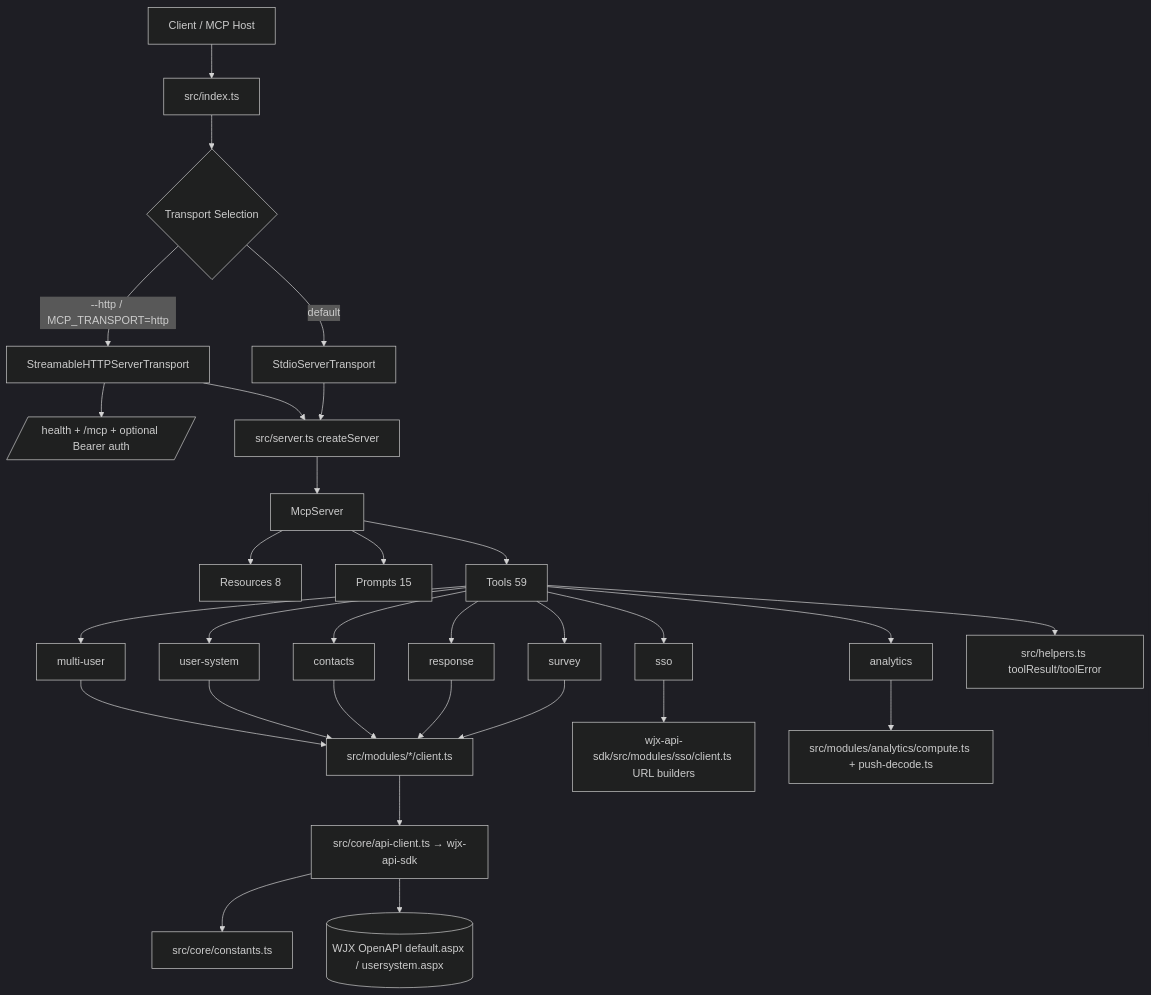
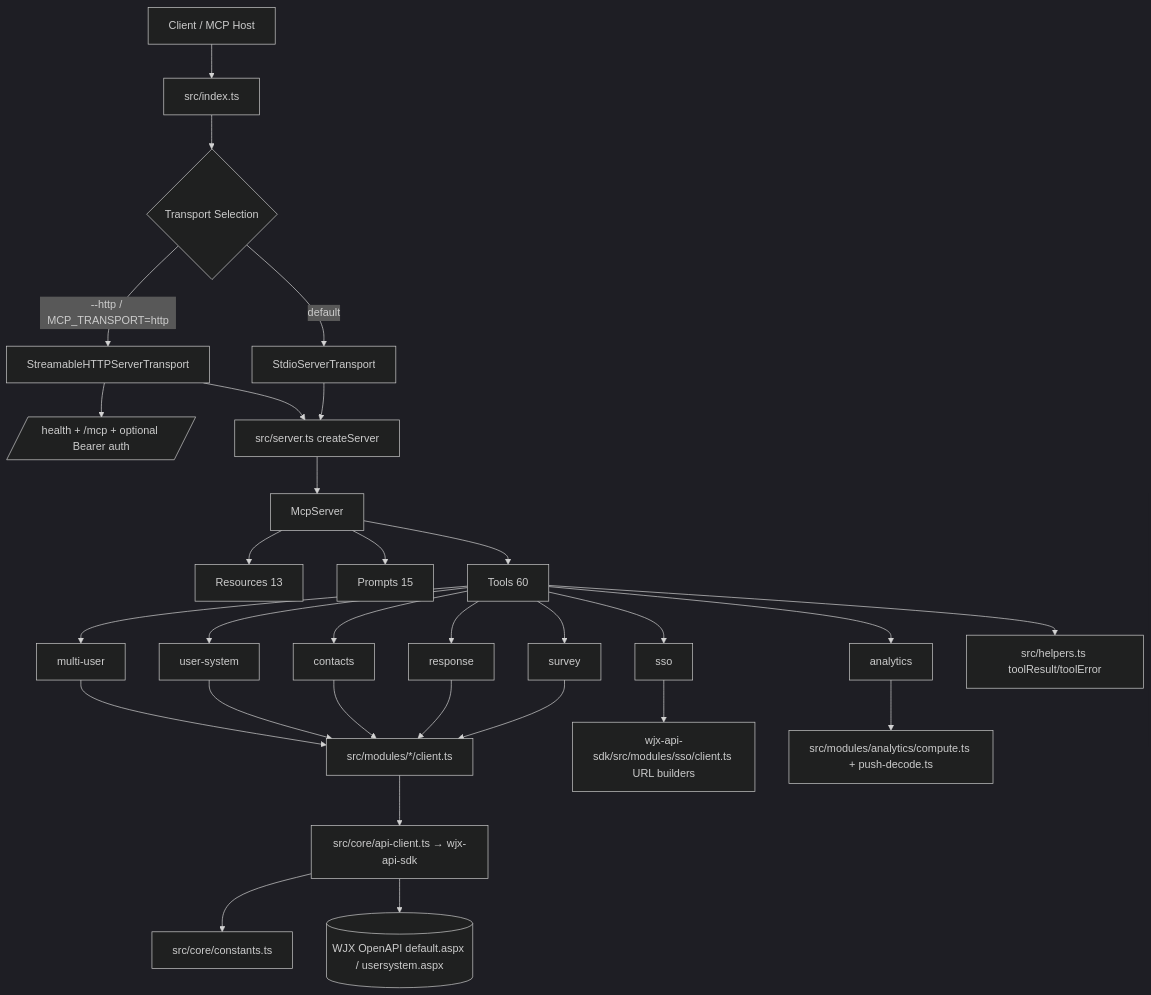
Before and after one commit to wjxcom/wjx-ai-kit: the diagram in wjx-mcp-server/docs/architecture.md, drawn with Mermaid (dark theme). The commit also changed other lines of this file and 290 other files, not shown here.

````diff
--- a/wjx-mcp-server/docs/architecture.md
+++ b/wjx-mcp-server/docs/architecture.md
@@ -18,37 +18,37 @@
 ```mermaid
 flowchart TD
     A[Client / MCP Host] --> B[src/index.ts]
     B --> C{Transport Selection}
     C -->|default| D[StdioServerTransport]
     C -->|--http / MCP_TRANSPORT=http| E[StreamableHTTPServerTransport]
     E --> E1[/health + /mcp + optional Bearer auth/]
 
     D --> F[src/server.ts createServer]
     E --> F
 
     F --> G[McpServer]
-    G --> H[Resources 8]
+    G --> H[Resources 13]
     G --> I[Prompts 15]
-    G --> J[Tools 59]
+    G --> J[Tools 60]
 
     J --> M1[survey]
     J --> M2[response]
     J --> M3[contacts]
     J --> M4[user-system]
     J --> M5[multi-user]
     J --> M6[sso]
     J --> M7[analytics]
 
     M1 --> N1[src/modules/*/client.ts]
     M2 --> N1
     M3 --> N1
     M4 --> N1
     M5 --> N1
     N1 --> O[src/core/api-client.ts → wjx-api-sdk]
     O --> Q[src/core/constants.ts]
     O --> R[(WJX OpenAPI default.aspx / usersystem.aspx)]
 
     M6 --> S[wjx-api-sdk/src/modules/sso/client.ts URL builders]
     M7 --> T[src/modules/analytics/compute.ts + push-decode.ts]
     J --> U[src/helpers.ts toolResult/toolError]
 ```
````
